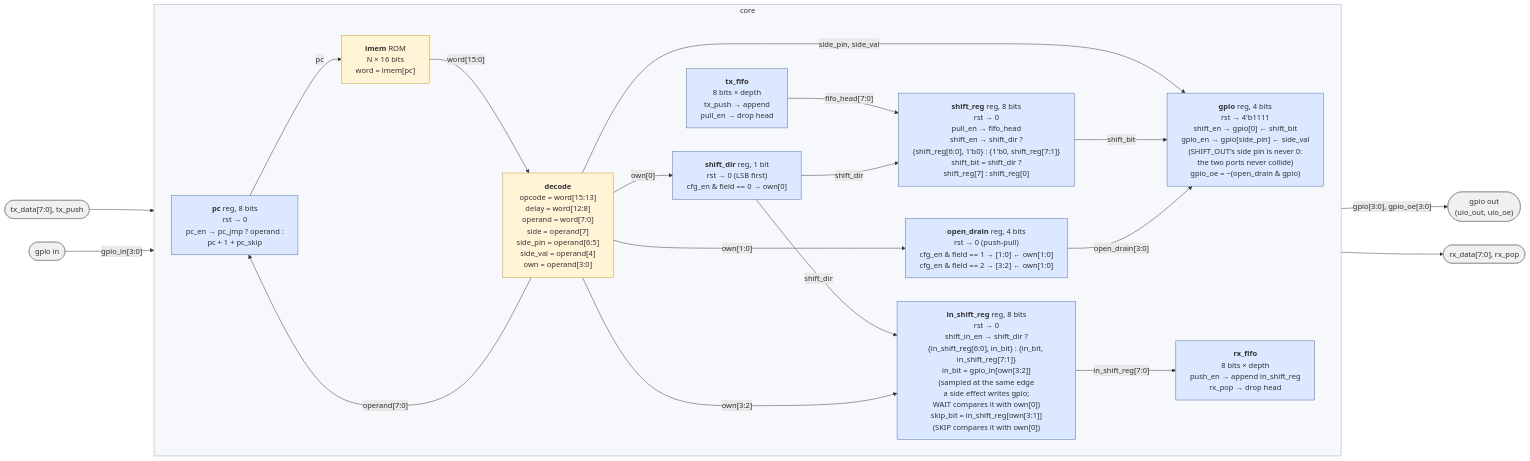
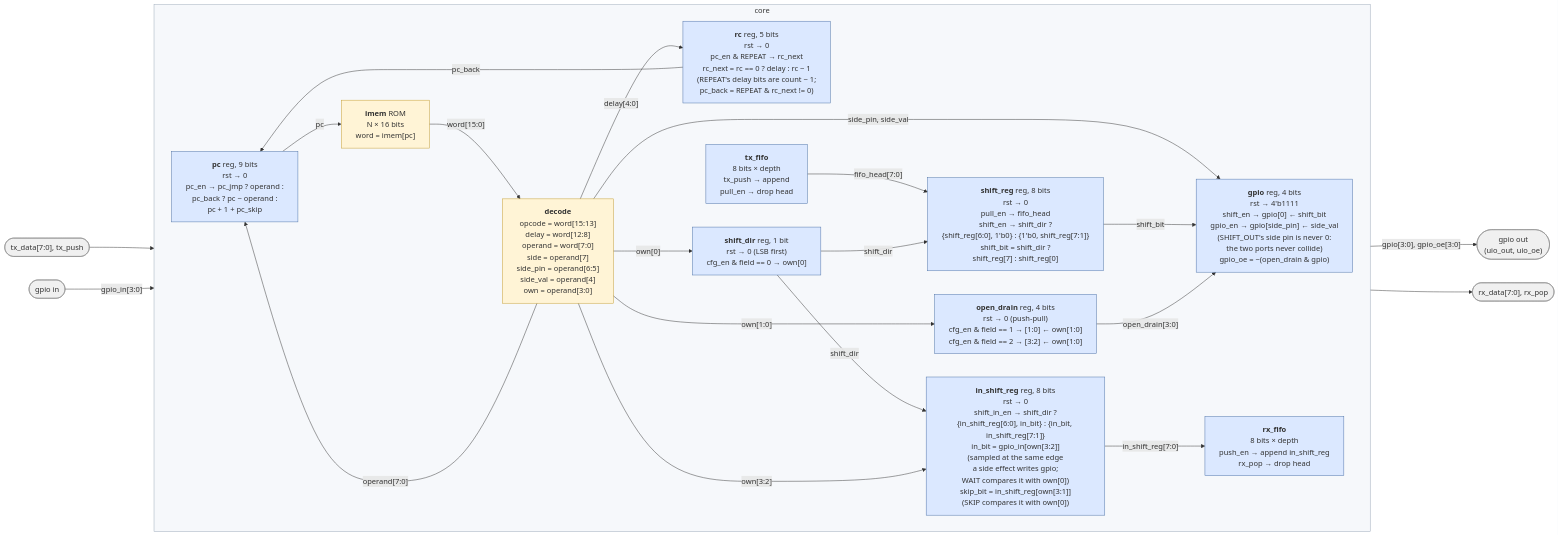
One commit to cshieldsce/smallcore changed the diagram in docs/core.mmd. Above: the diagram before and after it, drawn with Mermaid. The commit also changed 10 other files, not shown here.

```diff
--- a/docs/core.mmd
+++ b/docs/core.mmd
@@ -1,55 +1,59 @@
 %%{init: {"flowchart": {"wrappingWidth": 320}}}%%
 %% Datapath at Verilog level. Blue = register (one always @(posedge clk)), yellow = combinational.
 %% Only data wires are drawn. The enables named inside each register (pull_en, push_en, shift_en,
-%% shift_in_en, gpio_en, cfg_en, pc_en, pc_jmp, pc_skip) come from the control block, see control.svg.
+%% shift_in_en, gpio_en, cfg_en, pc_en, pc_jmp, pc_skip, pc_back) come from the control block, see control.svg.
+%% rc is REPEAT's counter, the runs of the body still to go: it moves on a REPEAT's edge only and steers pc back.
 %% gpio has two write ports: SHIFT_OUT writes gpio[0]; the one side-effect port (SET and every
 %% other instruction's `pin, level`) writes gpio[side_pin]. shift_dir selects which end of
 %% shift_reg feeds gpio[0], which end of in_shift_reg the sampled input pin enters, and which
 %% way both shift. in_bit, the input pin own[3:2] selects, also goes to the control block:
 %% WAIT stalls while in_bit != own[0], see control.svg. So does in_shift_reg: SKIP compares the
 %% bit own[3:1] selects with own[0] and pc_skip adds one more to pc. The configuration registers
 %% share one write port, cfg_en with the field own[3:2]: shift_dir (field 0) and open_drain, one
 %% bit per pin, two pins per field (1 and 2); gpio_oe, the pad's enable, is combinational from
 %% open_drain and gpio: an open-drain pin at 1 is not driven.
 flowchart LR
   classDef reg fill:#dbe8ff,stroke:#4a6fa5
   classDef comb fill:#fff4d6,stroke:#c49a2a
   classDef ext fill:#f0f0f0,stroke:#888
 
   TXIN(["tx_data[7:0], tx_push"]):::ext
   GIN(["gpio in"]):::ext
 
   subgraph core["core"]
     direction LR
-    PC["<b>pc</b> reg, 8 bits<br/>rst → 0<br/>pc_en → pc_jmp ? operand :<br/>pc + 1 + pc_skip"]:::reg
+    PC["<b>pc</b> reg, 9 bits<br/>rst → 0<br/>pc_en → pc_jmp ? operand :<br/>pc_back ? pc − operand :<br/>pc + 1 + pc_skip"]:::reg
+    RC["<b>rc</b> reg, 5 bits<br/>rst → 0<br/>pc_en & REPEAT → rc_next<br/>rc_next = rc == 0 ? delay : rc − 1<br/>(REPEAT's delay bits are count − 1;<br/>pc_back = REPEAT & rc_next != 0)"]:::reg
     IMEM["<b>imem</b> ROM<br/>N × 16 bits<br/>word = imem[pc]"]:::comb
     DEC["<b>decode</b><br/>opcode = word[15:13]<br/>delay = word[12:8]<br/>operand = word[7:0]<br/>side = operand[7]<br/>side_pin = operand[6:5]<br/>side_val = operand[4]<br/>own = operand[3:0]"]:::comb
     FIFO["<b>tx_fifo</b><br/>8 bits × depth<br/>tx_push → append<br/>pull_en → drop head"]:::reg
     SD["<b>shift_dir</b> reg, 1 bit<br/>rst → 0 (LSB first)<br/>cfg_en & field == 0 → own[0]"]:::reg
     SR["<b>shift_reg</b> reg, 8 bits<br/>rst → 0<br/>pull_en → fifo_head<br/>shift_en → shift_dir ?<br/>{shift_reg[6:0], 1'b0} : {1'b0, shift_reg[7:1]}<br/>shift_bit = shift_dir ?<br/>shift_reg[7] : shift_reg[0]"]:::reg
     OD["<b>open_drain</b> reg, 4 bits<br/>rst → 0 (push-pull)<br/>cfg_en & field == 1 → [1:0] ← own[1:0]<br/>cfg_en & field == 2 → [3:2] ← own[1:0]"]:::reg
     PIN["<b>gpio</b> reg, 4 bits<br/>rst → 4'b1111<br/>shift_en → gpio[0] ← shift_bit<br/>gpio_en → gpio[side_pin] ← side_val<br/>(SHIFT_OUT's side pin is never 0:<br/>the two ports never collide)<br/>gpio_oe = ~(open_drain & gpio)"]:::reg
     ISR["<b>in_shift_reg</b> reg, 8 bits<br/>rst → 0<br/>shift_in_en → shift_dir ?<br/>{in_shift_reg[6:0], in_bit} : {in_bit, in_shift_reg[7:1]}<br/>in_bit = gpio_in[own[3:2]]<br/>(sampled at the same edge<br/>a side effect writes gpio;<br/>WAIT compares it with own[0])<br/>skip_bit = in_shift_reg[own[3:1]]<br/>(SKIP compares it with own[0])"]:::reg
     RXF["<b>rx_fifo</b><br/>8 bits × depth<br/>push_en → append in_shift_reg<br/>rx_pop → drop head"]:::reg
 
     PC -->|"pc"| IMEM
     IMEM -->|"word[15:0]"| DEC
     DEC -->|"side_pin, side_val"| PIN
     DEC -->|"operand[7:0]"| PC
+    DEC -->|"delay[4:0]"| RC
+    RC -->|"pc_back"| PC
     DEC -->|"own[0]"| SD
     DEC -->|"own[1:0]"| OD
     SD -->|"shift_dir"| ISR
     DEC -->|"own[3:2]"| ISR
     FIFO -->|"fifo_head[7:0]"| SR
     SR -->|"shift_bit"| PIN
     OD -->|"open_drain[3:0]"| PIN
     SD -->|"shift_dir"| SR
     ISR -->|"in_shift_reg[7:0]"| RXF
   end
 
   TXIN --> FIFO
   GIN -->|"gpio_in[3:0]"| ISR
   PIN -->|"gpio[3:0], gpio_oe[3:0]"| OUT(["gpio out<br/>(uio_out, uio_oe)"]):::ext
   RXF --> RXOUT(["rx_data[7:0], rx_pop"]):::ext
 
   style core fill:#f6f8fb,stroke:#9aa7b8
```
